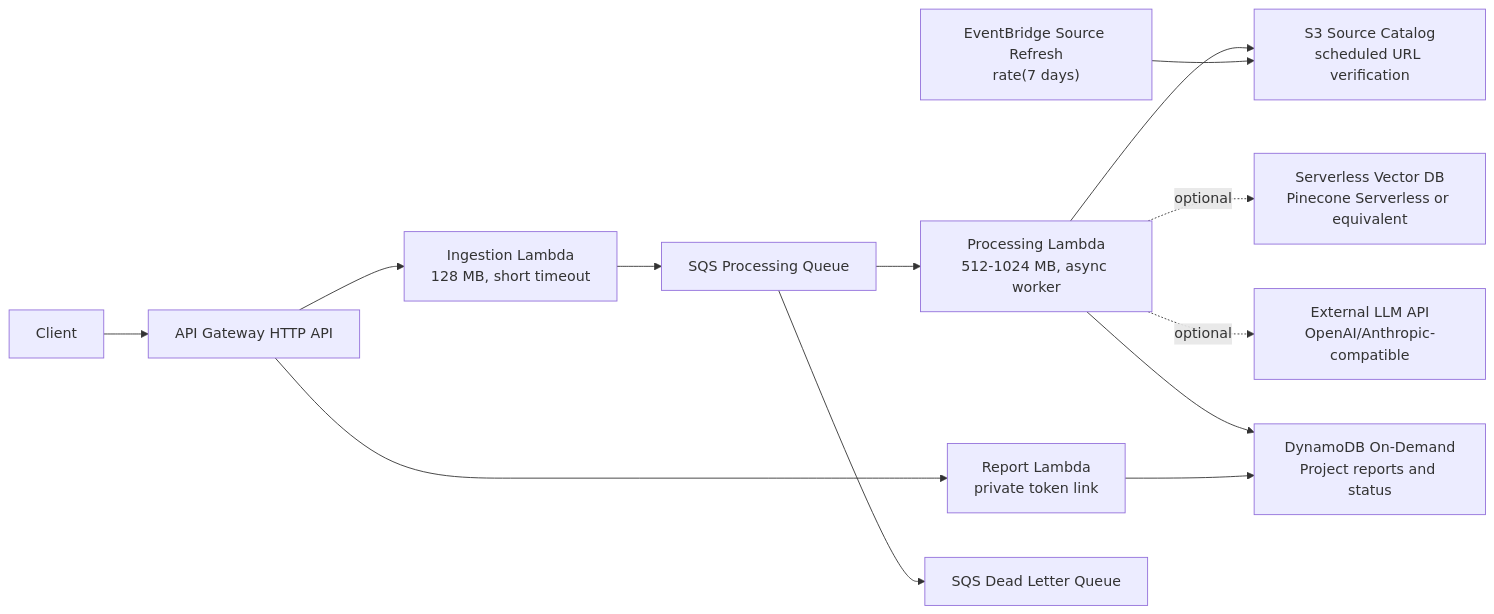
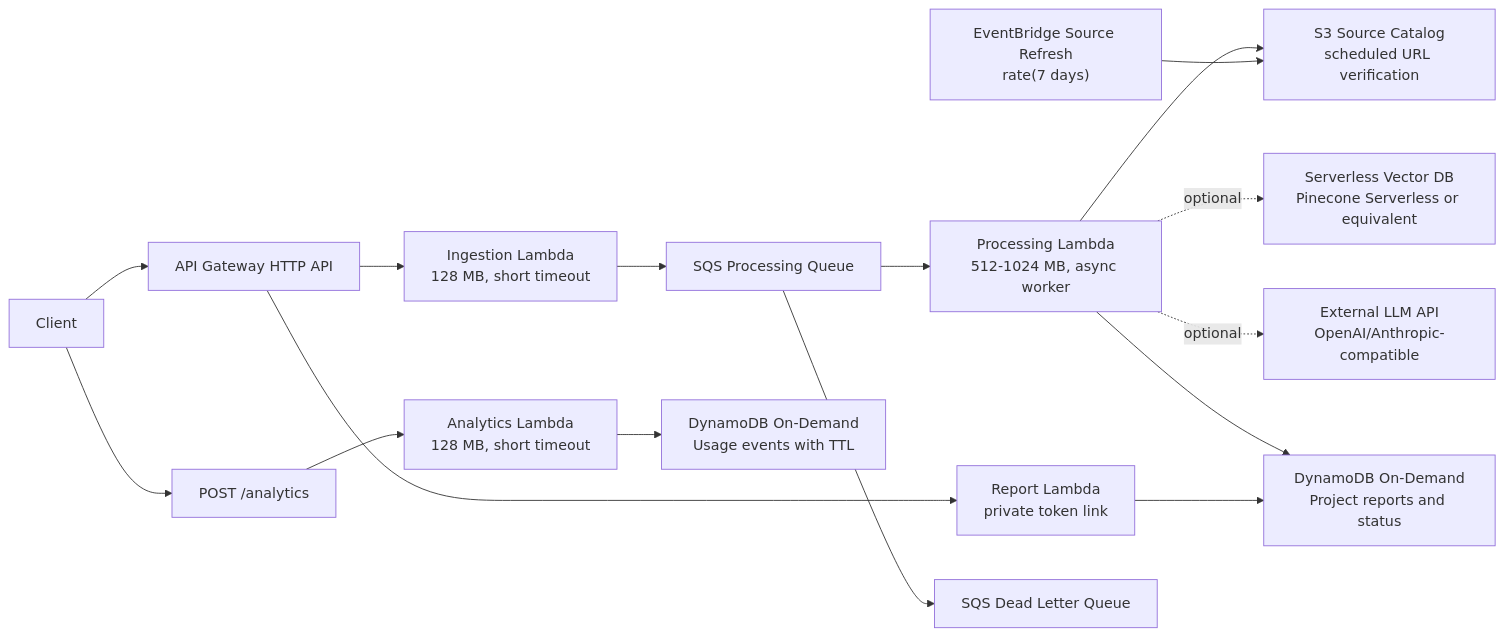
The diagram in grantstack-backend/ARCHITECTURE.md (manynames3/grantstack), drawn with Mermaid before and after one commit. The commit also changed other lines of this file and 22 other files, not shown here.

````diff
--- a/grantstack-backend/ARCHITECTURE.md
+++ b/grantstack-backend/ARCHITECTURE.md
@@ -16,15 +17,18 @@
 ```mermaid
 flowchart LR
   Client["Client"] --> Api["API Gateway HTTP API"]
   Api --> Ingest["Ingestion Lambda\n128 MB, short timeout"]
   Ingest --> Queue["SQS Processing Queue"]
   Queue --> Processor["Processing Lambda\n512-1024 MB, async worker"]
   Processor --> Catalog["S3 Source Catalog\nscheduled URL verification"]
   Refresh["EventBridge Source Refresh\nrate(7 days)"] --> Catalog
   Processor -. optional .-> VectorDb["Serverless Vector DB\nPinecone Serverless or equivalent"]
   Processor -. optional .-> Llm["External LLM API\nOpenAI/Anthropic-compatible"]
   Processor --> Ddb["DynamoDB On-Demand\nProject reports and status"]
   Api --> Report["Report Lambda\nprivate token link"]
   Report --> Ddb
+  Client --> AnalyticsApi["POST /analytics"]
+  AnalyticsApi --> Analytics["Analytics Lambda\n128 MB, short timeout"]
+  Analytics --> AnalyticsDdb["DynamoDB On-Demand\nUsage events with TTL"]
   Queue --> Dlq["SQS Dead Letter Queue"]
 ```
````
